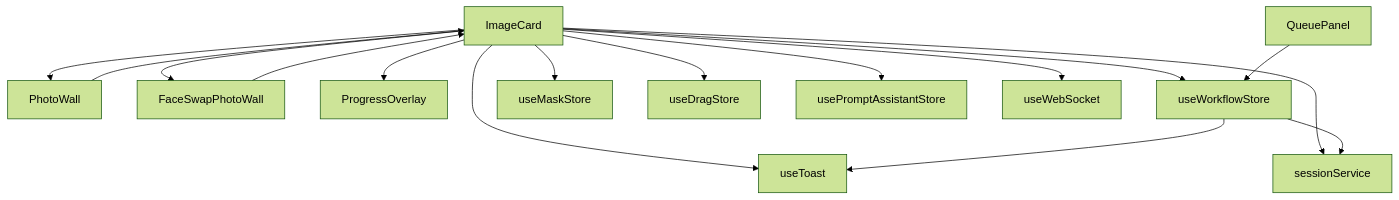
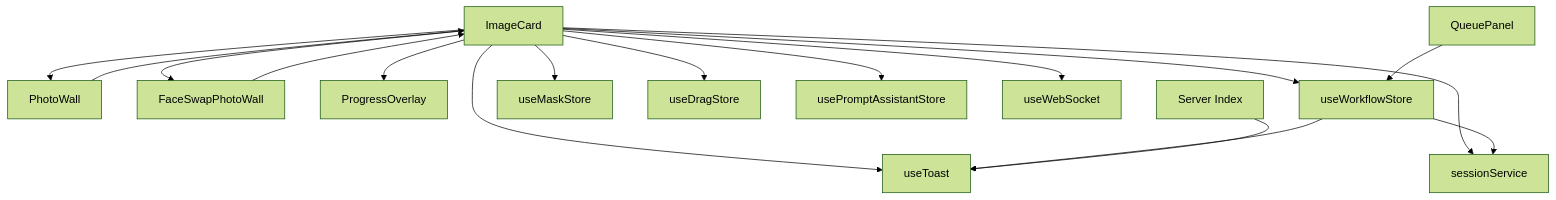
Before and after one commit to billye220670/CorineKit_Pix2Real: the eighth of 8 diagrams in .qoder/repowiki/zh/content/用户界面组件/核心界面组件/图片卡片组件 (ImageCard)/图片卡片组件 (ImageCard).md, drawn with Mermaid (forest theme). The commit also changed other lines of this file and 13 other files, not shown here.

````diff
--- a/.qoder/repowiki/zh/content/用户界面组件/核心界面组件/图片卡片组件 (ImageCard)/图片卡片组件 (ImageCard).md
+++ b/.qoder/repowiki/zh/content/用户界面组件/核心界面组件/图片卡片组件 (ImageCard)/图片卡片组件 (ImageCard).md
@@ -362,18 +383,19 @@
 ```mermaid
 graph TD
 IC[ImageCard] --> PW[PhotoWall]
 IC --> FSPW[FaceSwapPhotoWall]
 IC --> PO[ProgressOverlay]
 IC --> UWS[useWorkflowStore]
 IC --> MS[useMaskStore]
 IC --> DS[useDragStore]
 IC --> PS[usePromptAssistantStore]
 IC --> WS[useWebSocket]
 IC --> TS[useToast]
 IC --> SS[sessionService]
 PW --> IC
 FSPW --> IC
 UWS --> TS
 UWS --> SS
 QP[QueuePanel] --> UWS
+SI[Server Index] --> TS
 ```
````
